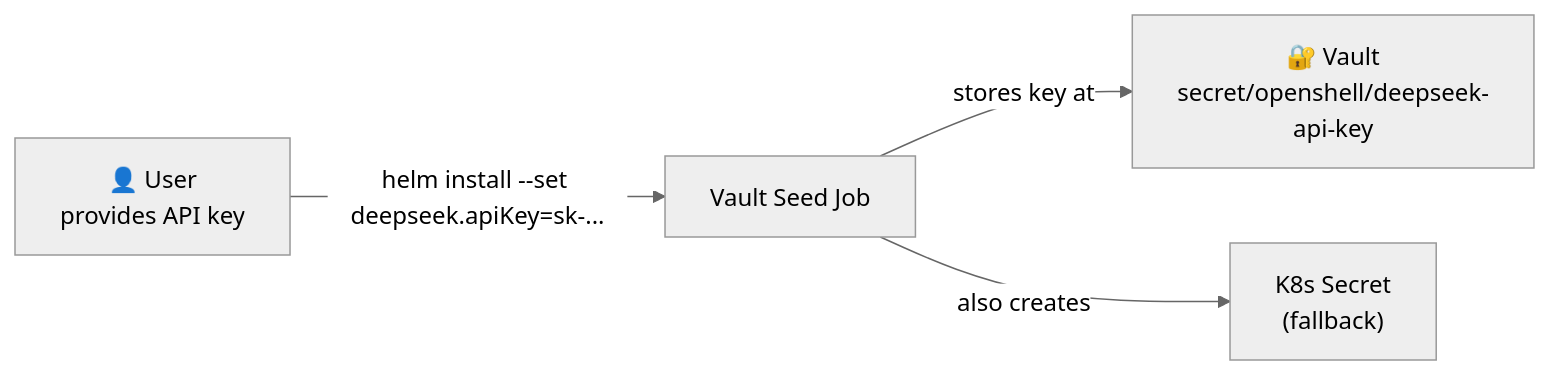
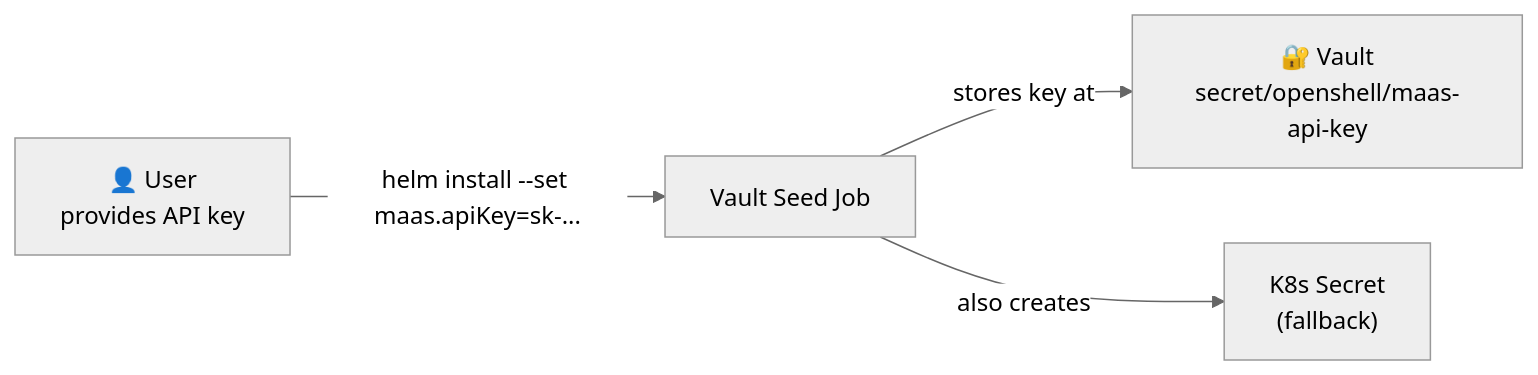
The third of 6 diagrams in docs/1-architecture/README.md (avijra/openshell-ztm-lab), drawn with Mermaid (neutral theme) before and after one commit. The commit also changed other lines of this file and 11 other files, not shown here.

````diff
--- a/docs/1-architecture/README.md
+++ b/docs/1-architecture/README.md
@@ -103,6 +103,6 @@
 ```mermaid
 graph LR
-    U["👤 User<br/>provides API key"] -->|"helm install --set deepseek.apiKey=sk-..."| VJ["Vault Seed Job"]
-    VJ -->|"stores key at"| V["🔐 Vault<br/>secret/openshell/deepseek-api-key"]
+    U["👤 User<br/>provides API key"] -->|"helm install --set maas.apiKey=sk-..."| VJ["Vault Seed Job"]
+    VJ -->|"stores key at"| V["🔐 Vault<br/>secret/openshell/maas-api-key"]
     VJ -->|"also creates"| KS["K8s Secret<br/>(fallback)"]
 ```
````
